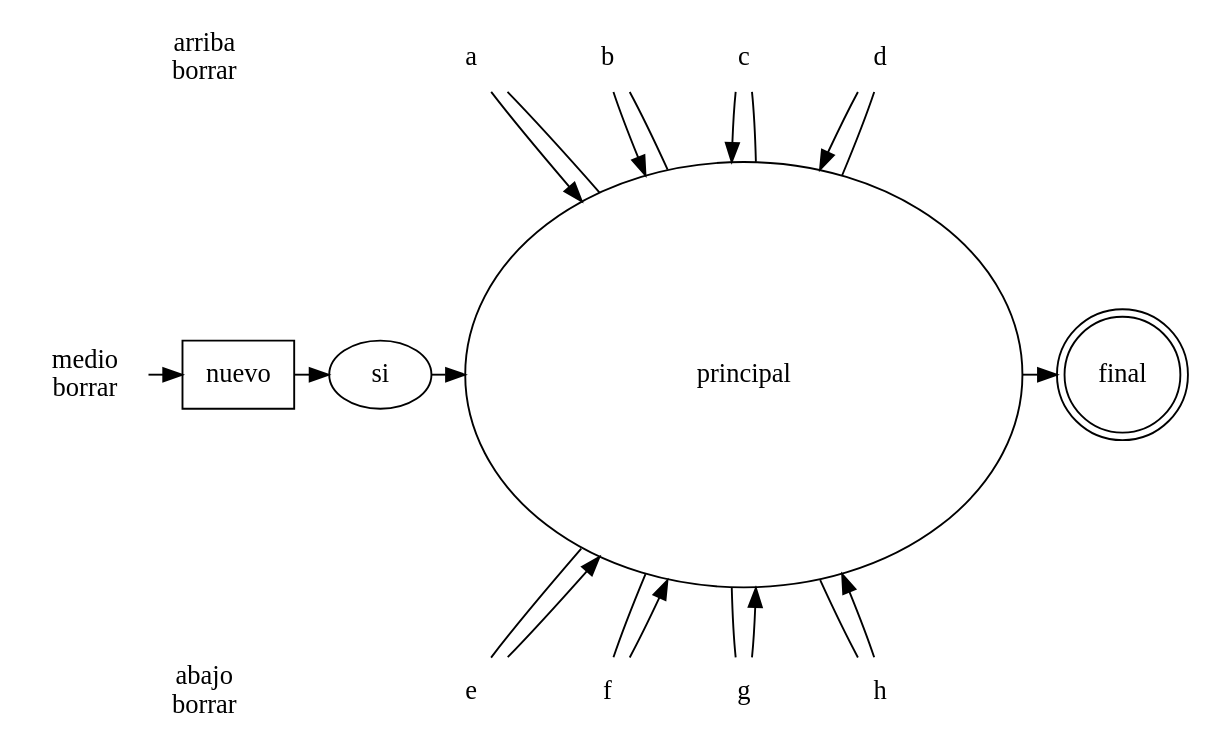
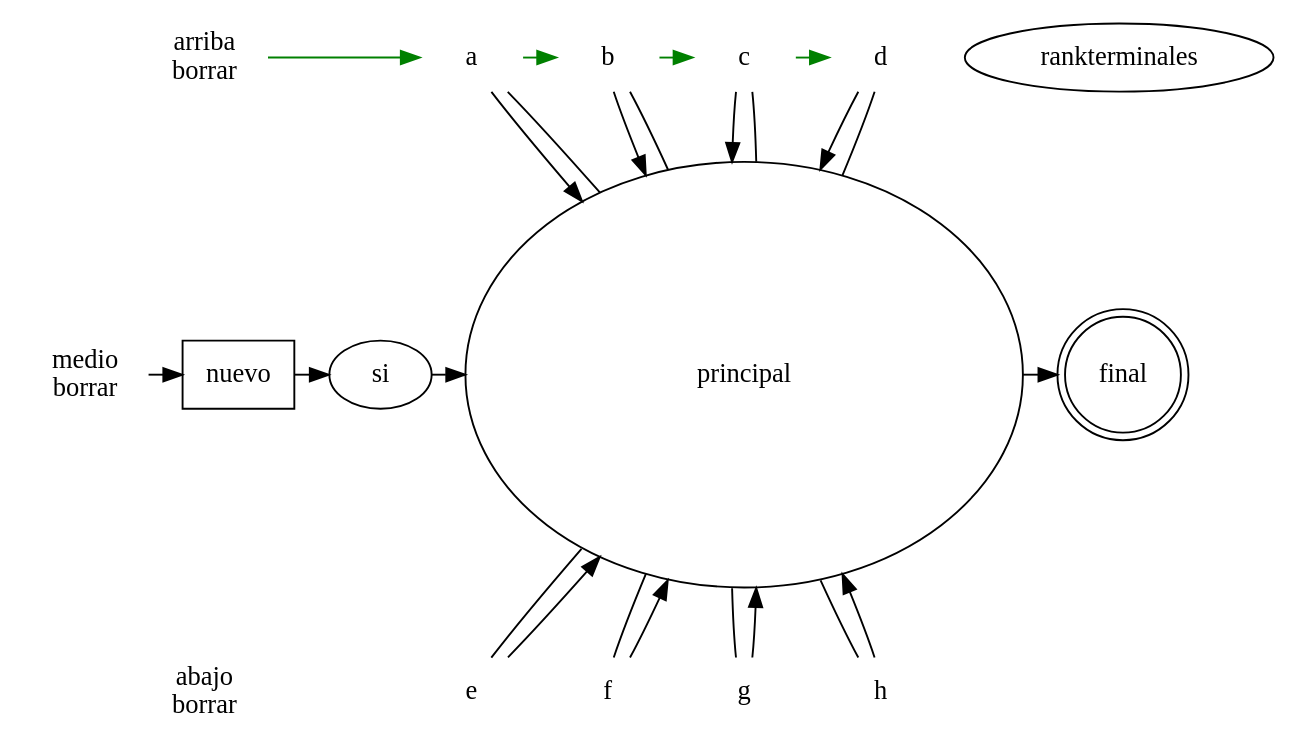
One commit to hugoarreaga/Proyecto2_Lenguajes changed the diagram in a.dot. Above: the diagram before and after it, drawn with Graphviz. The commit also changed 1 other file, not shown here.

```diff
--- a/a.dot
+++ b/a.dot
@@ -1,31 +1,44 @@
 digraph G {
     rankdir = TD
     /* Entities */
-    a [shape = none];    b [shape = none]    c [shape = none];    d [shape = none];     ///// nodos arriba
-    e [shape = none];    f [shape = none];    g [shape = none];    h [shape = none]     ///// nodos abajo
-    nuevo  [shape= box];    principal [margin=1];   final [shape =doublecircle]         ///// nodos medios
+    a [shape = none];    
+    b [shape = none]    
+    c [shape = none];    
+    d [shape = none];     
+    ///// nodos arriba
+    e [shape = none];    
+    f [shape = none];    
+    g [shape = none];    
+    h [shape = none]     
+    ///// nodos abajo
+    nuevo  [shape= box];    
+    principal [margin=1];   
+    final [shape =doublecircle]         
+    ///// nodos medios
 
-    arriba [shape=none, label="arriba \n borrar"];    medio [shape=none, label="medio \n borrar"];      /// ver abajo
+    arriba [shape=none, label="arriba \n borrar"];    
+    medio [shape=none, label="medio \n borrar"];      /// ver abajo
     abajo [shape=none, label="abajo \n borrar"];                                                /// nodos separadores
     
     /* Relationships */
     arriba -> medio -> abajo [color = white]
+
     medio  -> nuevo -> si -> principal -> final
-    arriba -> a -> b -> c -> d [color = white]
-    abajo  -> e -> f -> g -> h[color=white]
-
+    arriba -> a -> b -> c -> d [color = green]
+    abajo  -> e -> f -> g -> h[color=white]rankterminales
+    ###
     a -> principal;    principal -> a[ dir= none]
     b -> principal;    principal -> b[ dir= none]
     c -> principal;    principal -> c[ dir= none]
     d -> principal;    principal -> d[ dir= none]
     ###
     e -> principal;    principal -> e[ dir= none]
     f -> principal;    principal -> f[ dir= none]
     g -> principal;    principal -> g[ dir= none]
     h -> principal;    principal -> h[ dir= none]
 
     /* Ranks */
     { rank=same;arriba; a; b ; c ; d ;};
     { rank=same;medio ; nuevo ; final ; principal ; si};
     { rank=same;abajo ; e ; f ; g ; h};
 }
```
